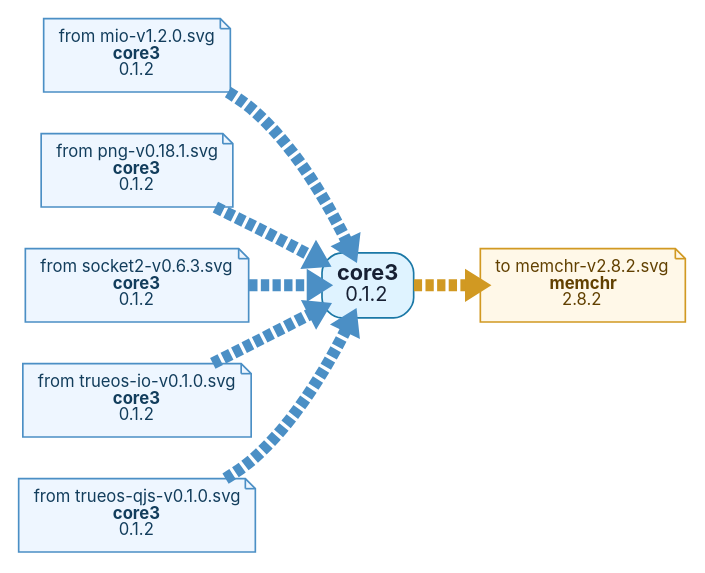
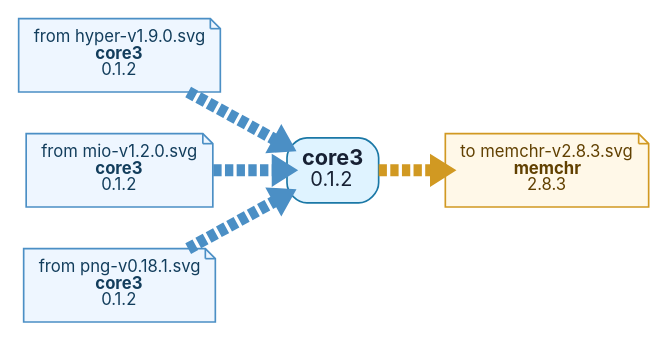
Before and after one commit to t4ce/TRUEOS: the diagram in tools/docs/depgraph/by-root/core3-v0.1.2.dot, drawn with Graphviz. The commit also changed 214 other files, not shown here.

```diff
--- a/tools/docs/depgraph/by-root/core3-v0.1.2.dot
+++ b/tools/docs/depgraph/by-root/core3-v0.1.2.dot
@@ -1,21 +1,17 @@
 digraph "core3-v0.1.2" {
   graph [rankdir=LR, bgcolor="white", overlap=false, splines=true, nodesep=0.35, ranksep=0.55];
   node [shape=box, style="rounded,filled", fontname="Inter,Arial", fontsize=10, margin="0.13,0.10", color="#8b9bb0", fillcolor="#f7f9fb", fontcolor="#172033"];
   edge [color="#9aa8b8", arrowsize=0.55, penwidth=7.2];
   n0 [label=<<FONT POINT-SIZE="13"><B>core3</B></FONT><BR/><FONT POINT-SIZE="12">0.1.2</FONT>>, fillcolor="#dff3ff", color="#1b78a6"];
-  out0 [label=<to memchr-v2.8.2.svg<BR/><B>memchr</B><BR/>2.8.2>, shape=note, style="filled", fillcolor="#fff8e8", color="#d19922", fontcolor="#614000"];
+  out0 [label=<to memchr-v2.8.3.svg<BR/><B>memchr</B><BR/>2.8.3>, shape=note, style="filled", fillcolor="#fff8e8", color="#d19922", fontcolor="#614000"];
   n0 -> out0 [style=dashed, color="#d19922"];
-  in1 [label=<from mio-v1.2.0.svg<BR/><B>core3</B><BR/>0.1.2>, shape=note, style="filled", fillcolor="#eef6ff", color="#4b8fc5", fontcolor="#123d5c"];
+  in1 [label=<from hyper-v1.9.0.svg<BR/><B>core3</B><BR/>0.1.2>, shape=note, style="filled", fillcolor="#eef6ff", color="#4b8fc5", fontcolor="#123d5c"];
   in1 -> n0 [style=dashed, color="#4b8fc5"];
-  in2 [label=<from png-v0.18.1.svg<BR/><B>core3</B><BR/>0.1.2>, shape=note, style="filled", fillcolor="#eef6ff", color="#4b8fc5", fontcolor="#123d5c"];
+  in2 [label=<from mio-v1.2.0.svg<BR/><B>core3</B><BR/>0.1.2>, shape=note, style="filled", fillcolor="#eef6ff", color="#4b8fc5", fontcolor="#123d5c"];
   in2 -> n0 [style=dashed, color="#4b8fc5"];
-  in3 [label=<from socket2-v0.6.3.svg<BR/><B>core3</B><BR/>0.1.2>, shape=note, style="filled", fillcolor="#eef6ff", color="#4b8fc5", fontcolor="#123d5c"];
+  in3 [label=<from png-v0.18.1.svg<BR/><B>core3</B><BR/>0.1.2>, shape=note, style="filled", fillcolor="#eef6ff", color="#4b8fc5", fontcolor="#123d5c"];
   in3 -> n0 [style=dashed, color="#4b8fc5"];
-  in4 [label=<from trueos-io-v0.1.0.svg<BR/><B>core3</B><BR/>0.1.2>, shape=note, style="filled", fillcolor="#eef6ff", color="#4b8fc5", fontcolor="#123d5c"];
-  in4 -> n0 [style=dashed, color="#4b8fc5"];
-  in5 [label=<from trueos-qjs-v0.1.0.svg<BR/><B>core3</B><BR/>0.1.2>, shape=note, style="filled", fillcolor="#eef6ff", color="#4b8fc5", fontcolor="#123d5c"];
-  in5 -> n0 [style=dashed, color="#4b8fc5"];
   // collapsed leaf ends: 0
   // centered two-input leaves: 0
   // nested two-input leaves: 0
 }
```
